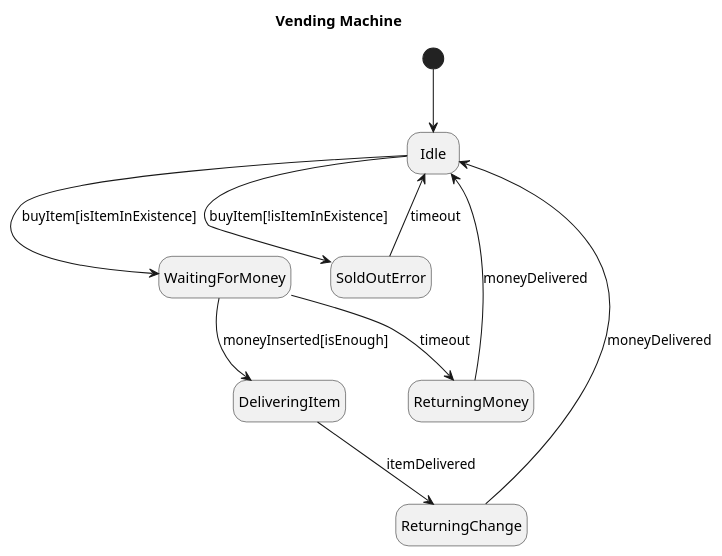
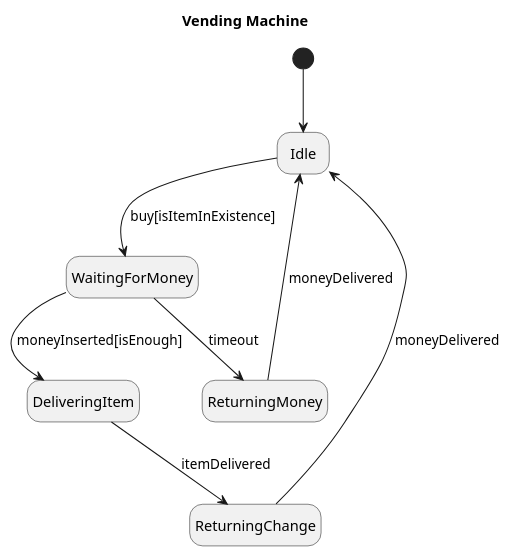
Before and after one commit to ecruzolivera/vending-machine-collection: the diagram in VendingMachineFsm.plantuml, drawn with PlantUML. The commit also changed 2 other files, not shown here.

```diff
--- a/VendingMachineFsm.plantuml
+++ b/VendingMachineFsm.plantuml
@@ -2,17 +2,15 @@
 @startuml VendingMachineFsm
 hide empty description
 skinparam dpi 100
 
 title Vending Machine
 
 [*] --> Idle
-Idle --> WaitingForMoney: buyItem[isItemInExistence]
-Idle --> SoldOutError: buyItem[!isItemInExistence]
-SoldOutError --> Idle: timeout
+Idle --> WaitingForMoney: buy[isItemInExistence]
 WaitingForMoney --> DeliveringItem: moneyInserted[isEnough]
 WaitingForMoney --> ReturningMoney: timeout
 DeliveringItem --> ReturningChange: itemDelivered
 ReturningChange --> Idle: moneyDelivered
 ReturningMoney --> Idle: moneyDelivered
 
 @enduml
```
